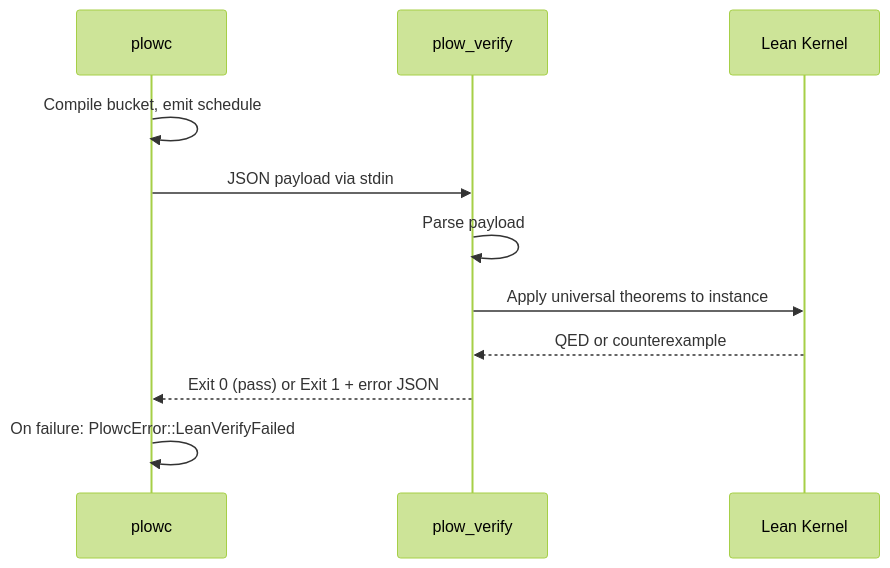
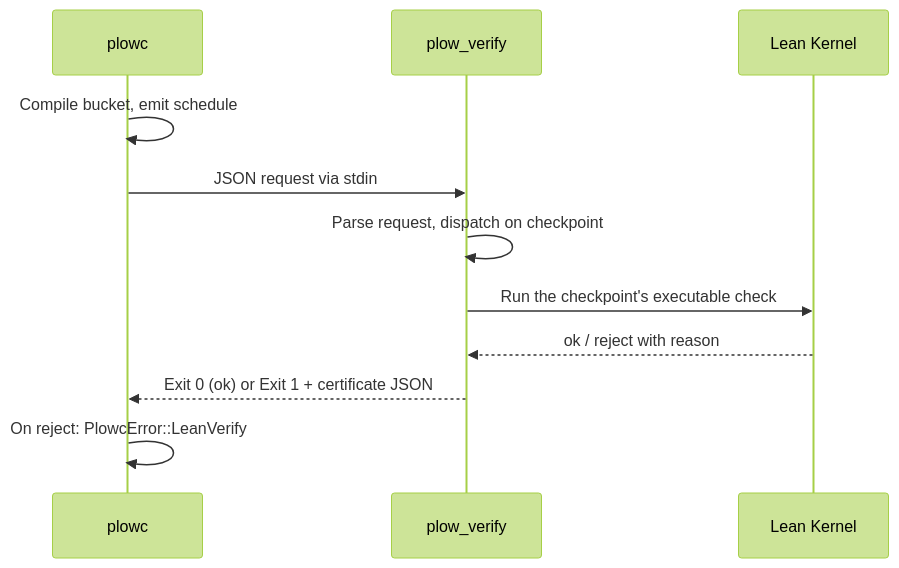
One commit to infervisor/plow changed the second of 2 diagrams in docs/arch/08-formal-verification.md. Above: the diagram before and after it, drawn with Mermaid (forest theme). The commit also changed other lines of this file and 325 other files, not shown here.

````diff
--- a/docs/arch/08-formal-verification.md
+++ b/docs/arch/08-formal-verification.md
@@ -141,14 +160,14 @@
 ```mermaid
 sequenceDiagram
     participant plowc
     participant plow_verify
     participant Lean Kernel
 
     plowc->>plowc: Compile bucket, emit schedule
-    plowc->>plow_verify: JSON payload via stdin
-    plow_verify->>plow_verify: Parse payload
-    plow_verify->>Lean Kernel: Apply universal theorems to instance
-    Lean Kernel-->>plow_verify: QED or counterexample
-    plow_verify-->>plowc: Exit 0 (pass) or Exit 1 + error JSON
-    plowc->>plowc: On failure: PlowcError::LeanVerifyFailed
+    plowc->>plow_verify: JSON request via stdin
+    plow_verify->>plow_verify: Parse request, dispatch on checkpoint
+    plow_verify->>Lean Kernel: Run the checkpoint's executable check
+    Lean Kernel-->>plow_verify: ok / reject with reason
+    plow_verify-->>plowc: Exit 0 (ok) or Exit 1 + certificate JSON
+    plowc->>plowc: On reject: PlowcError::LeanVerify
 ```
````
